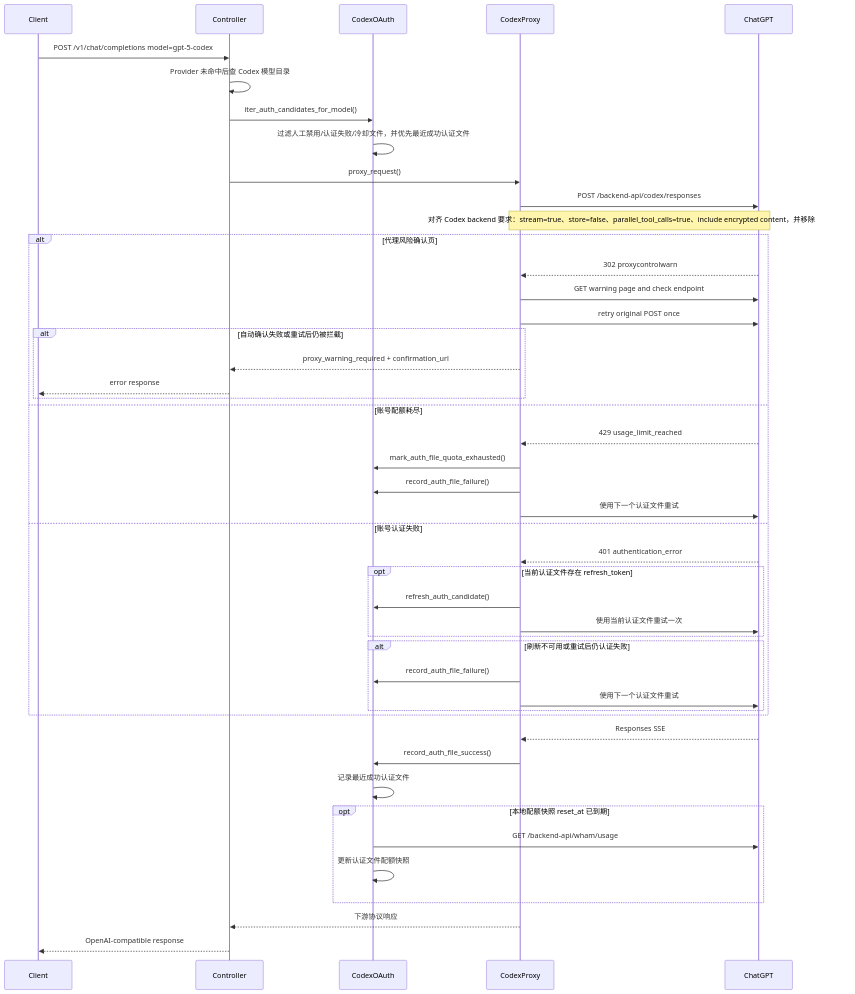
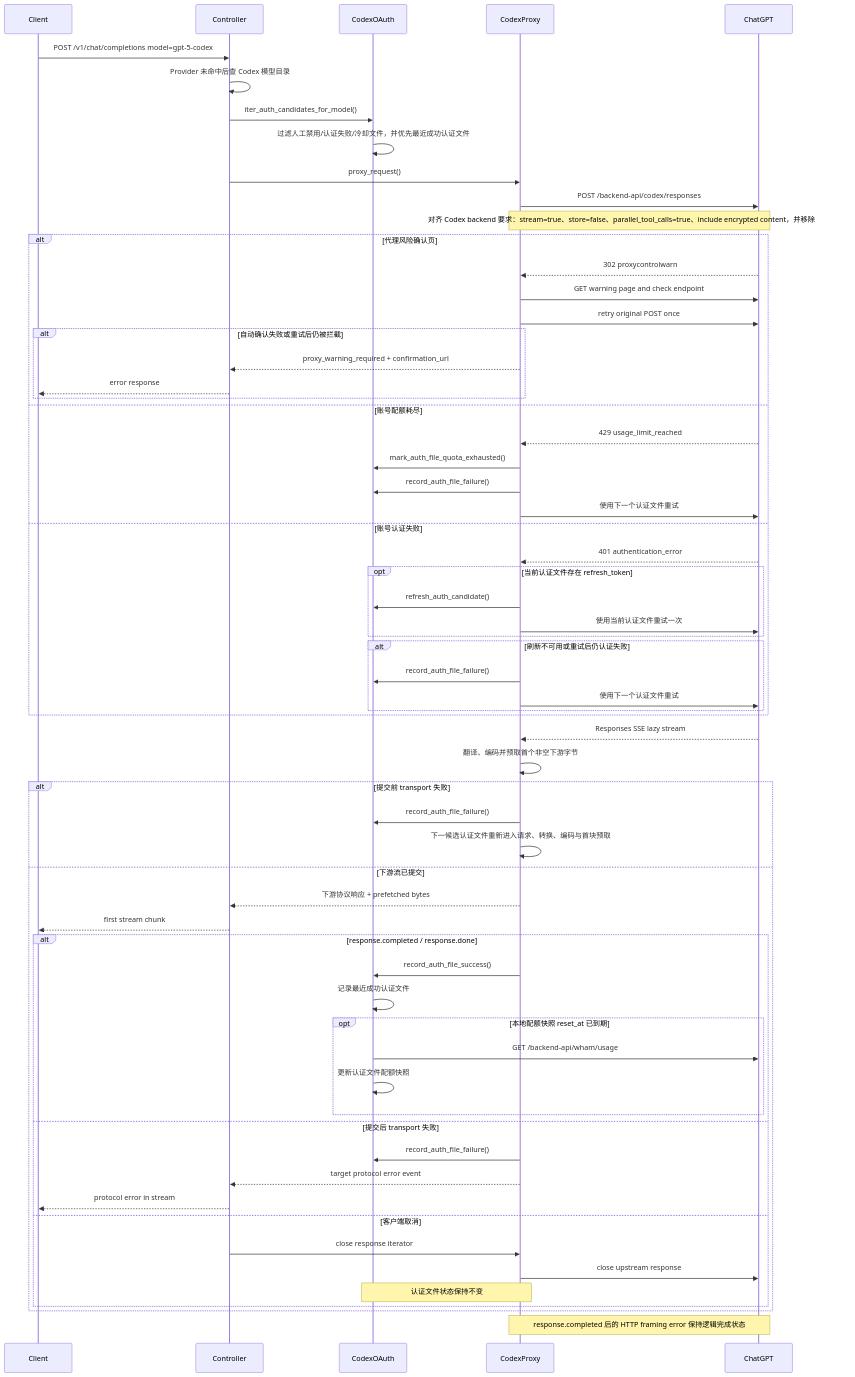
Before and after one commit to VonSdite/LLM_Proxy: the second of 3 diagrams in docs/architecture-4plus1.md, drawn with Mermaid. The commit also changed other lines of this file and 9 other files, not shown here.

Commit message:
[fix]以首个非空、已编码的下游字节作为流提交边界。 提交前发生 IncompleteRead、ChunkedEncodingError、OSError 时自动重试或切换 OAuth 认证文件。 提交后断流按 Chat、Responses、Claude 协议发送流内错误，不再把异常抛给 gevent。 已发送终止事件后的 framing 异常保持成功状态。 Codex/Claude 缺少正式终止事件的 EOF 按未完成流处理。 客户端取消会关闭上游，不记录成功统计，不污染认证状态。 明确 max_retries 表示包含首次请求的最大尝试次数，界面显示为 Max Attempts。

````diff
--- a/docs/architecture-4plus1.md
+++ b/docs/architecture-4plus1.md
@@ -850,49 +928,66 @@
 ```mermaid
 sequenceDiagram
     participant Client
     participant Controller
     participant CodexOAuth
     participant CodexProxy
     participant ChatGPT
 
     Client->>Controller: POST /v1/chat/completions model=gpt-5-codex
     Controller->>Controller: Provider 未命中后查 Codex 模型目录
     Controller->>CodexOAuth: iter_auth_candidates_for_model()
     CodexOAuth->>CodexOAuth: 过滤人工禁用/认证失败/冷却文件，并优先最近成功认证文件
     Controller->>CodexProxy: proxy_request()
     CodexProxy->>ChatGPT: POST /backend-api/codex/responses
     Note over CodexProxy,ChatGPT: 对齐 Codex backend 要求：stream=true、store=false、parallel_tool_calls=true、include encrypted content，并移除不支持字段
     alt 代理风险确认页
         ChatGPT-->>CodexProxy: 302 proxycontrolwarn
         CodexProxy->>ChatGPT: GET warning page and check endpoint
         CodexProxy->>ChatGPT: retry original POST once
         alt 自动确认失败或重试后仍被拦截
             CodexProxy-->>Controller: proxy_warning_required + confirmation_url
             Controller-->>Client: error response
         end
     else 账号配额耗尽
         ChatGPT-->>CodexProxy: 429 usage_limit_reached
         CodexProxy->>CodexOAuth: mark_auth_file_quota_exhausted()
         CodexProxy->>CodexOAuth: record_auth_file_failure()
         CodexProxy->>ChatGPT: 使用下一个认证文件重试
     else 账号认证失败
         ChatGPT-->>CodexProxy: 401 authentication_error
         opt 当前认证文件存在 refresh_token
             CodexProxy->>CodexOAuth: refresh_auth_candidate()
             CodexProxy->>ChatGPT: 使用当前认证文件重试一次
         end
         alt 刷新不可用或重试后仍认证失败
             CodexProxy->>CodexOAuth: record_auth_file_failure()
             CodexProxy->>ChatGPT: 使用下一个认证文件重试
         end
     end
-    ChatGPT-->>CodexProxy: Responses SSE
-    CodexProxy->>CodexOAuth: record_auth_file_success()
-    CodexOAuth->>CodexOAuth: 记录最近成功认证文件
-    opt 本地配额快照 reset_at 已到期
-        CodexOAuth->>ChatGPT: GET /backend-api/wham/usage
-        CodexOAuth->>CodexOAuth: 更新认证文件配额快照
+    ChatGPT-->>CodexProxy: Responses SSE lazy stream
+    CodexProxy->>CodexProxy: 翻译、编码并预取首个非空下游字节
+    alt 提交前 transport 失败
+        CodexProxy->>CodexOAuth: record_auth_file_failure()
+        CodexProxy->>CodexProxy: 下一候选认证文件重新进入请求、转换、编码与首块预取
+    else 下游流已提交
+        CodexProxy-->>Controller: 下游协议响应 + prefetched bytes
+        Controller-->>Client: first stream chunk
+        alt response.completed / response.done
+            CodexProxy->>CodexOAuth: record_auth_file_success()
+            CodexOAuth->>CodexOAuth: 记录最近成功认证文件
+            opt 本地配额快照 reset_at 已到期
+                CodexOAuth->>ChatGPT: GET /backend-api/wham/usage
+                CodexOAuth->>CodexOAuth: 更新认证文件配额快照
+            end
+        else 提交后 transport 失败
+            CodexProxy->>CodexOAuth: record_auth_file_failure()
+            CodexProxy-->>Controller: target protocol error event
+            Controller-->>Client: protocol error in stream
+        else 客户端取消
+            Controller->>CodexProxy: close response iterator
+            CodexProxy->>ChatGPT: close upstream response
+            Note over CodexProxy,CodexOAuth: 认证文件状态保持不变
+        end
     end
-    CodexProxy-->>Controller: 下游协议响应
-    Controller-->>Client: OpenAI-compatible response
+    Note over CodexProxy,ChatGPT: response.completed 后的 HTTP framing error 保持逻辑完成状态
 ```
````
